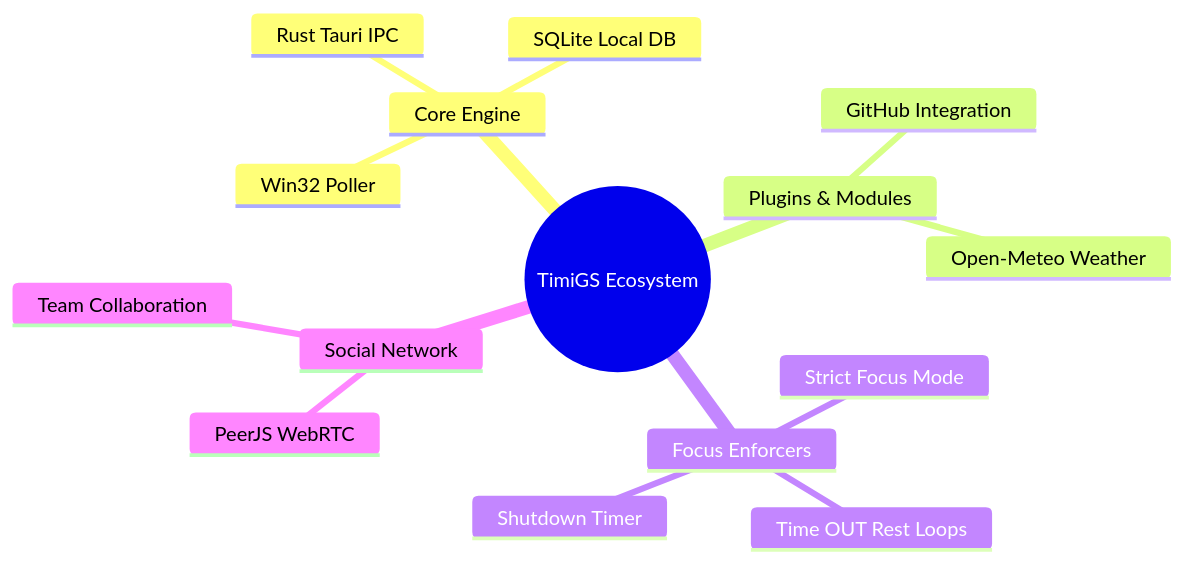
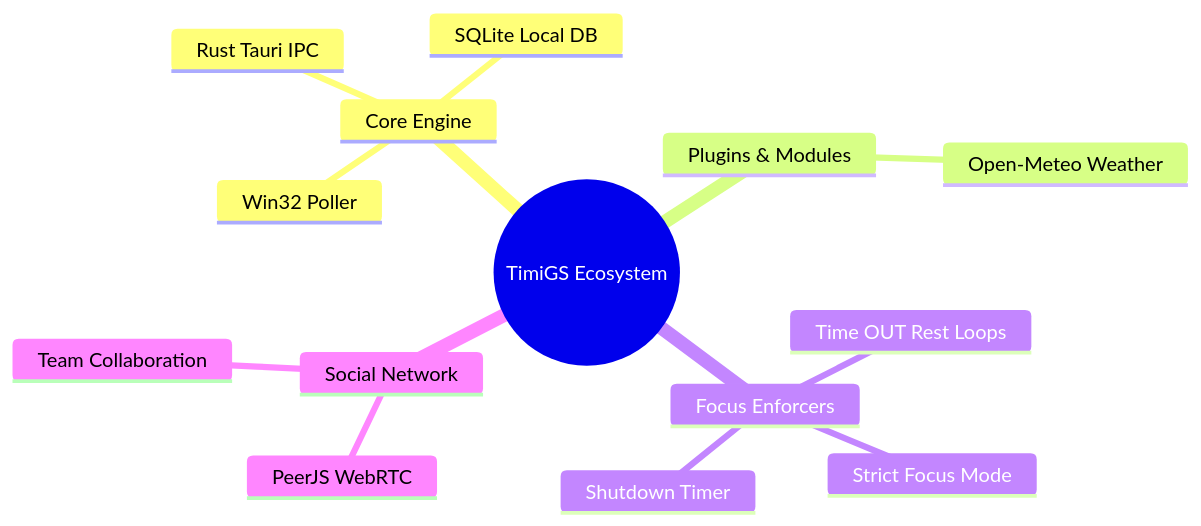
One commit to BANSAFAn/timiGS- changed the diagram in site/public/docx/1.md. Above: the diagram before and after it, drawn with Mermaid. The commit also changed 4 other files, not shown here.

Commit message:
docs: remove non-existent features (GitHub Integration and Docker Deployment) from documentation

````diff
--- a/site/public/docx/1.md
+++ b/site/public/docx/1.md
@@ -19,18 +19,17 @@
 ```mermaid
 mindmap
   root((TimiGS Ecosystem))
     Core Engine
       Rust Tauri IPC
       SQLite Local DB
       Win32 Poller
     Plugins & Modules
-      GitHub Integration
       Open-Meteo Weather
     Focus Enforcers
       Time OUT Rest Loops
       Strict Focus Mode
       Shutdown Timer
     Social Network
       PeerJS WebRTC
       Team Collaboration
 ```
````
